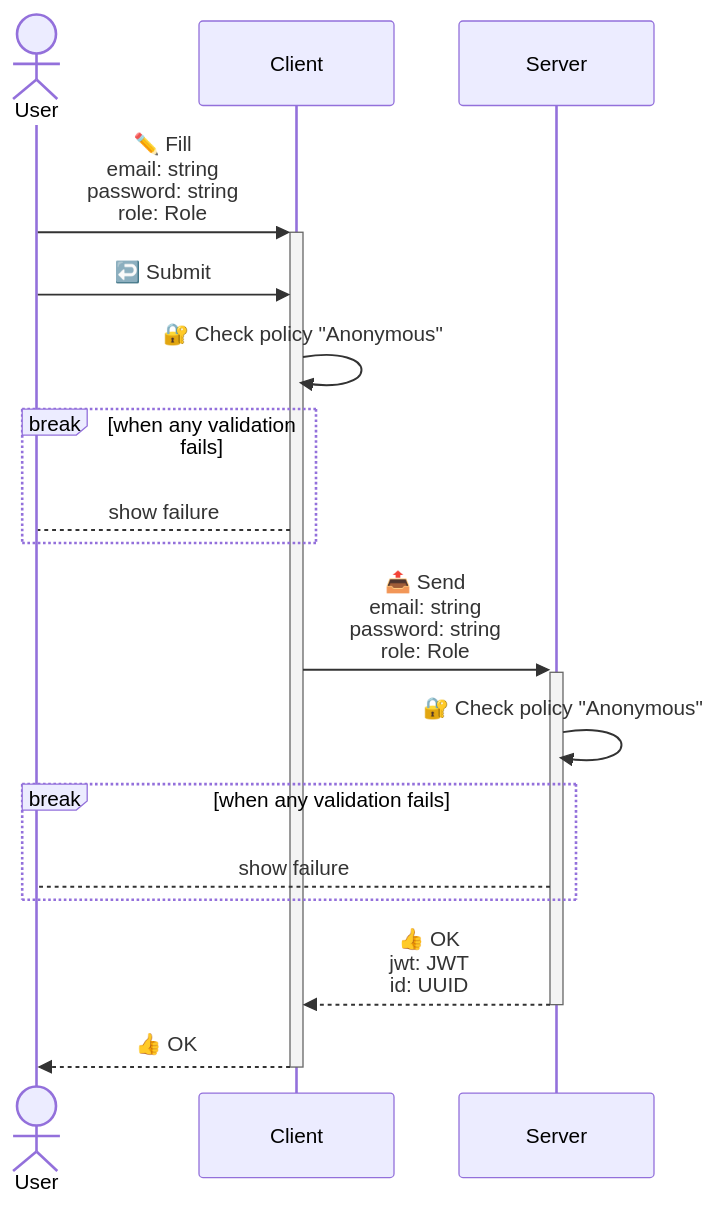
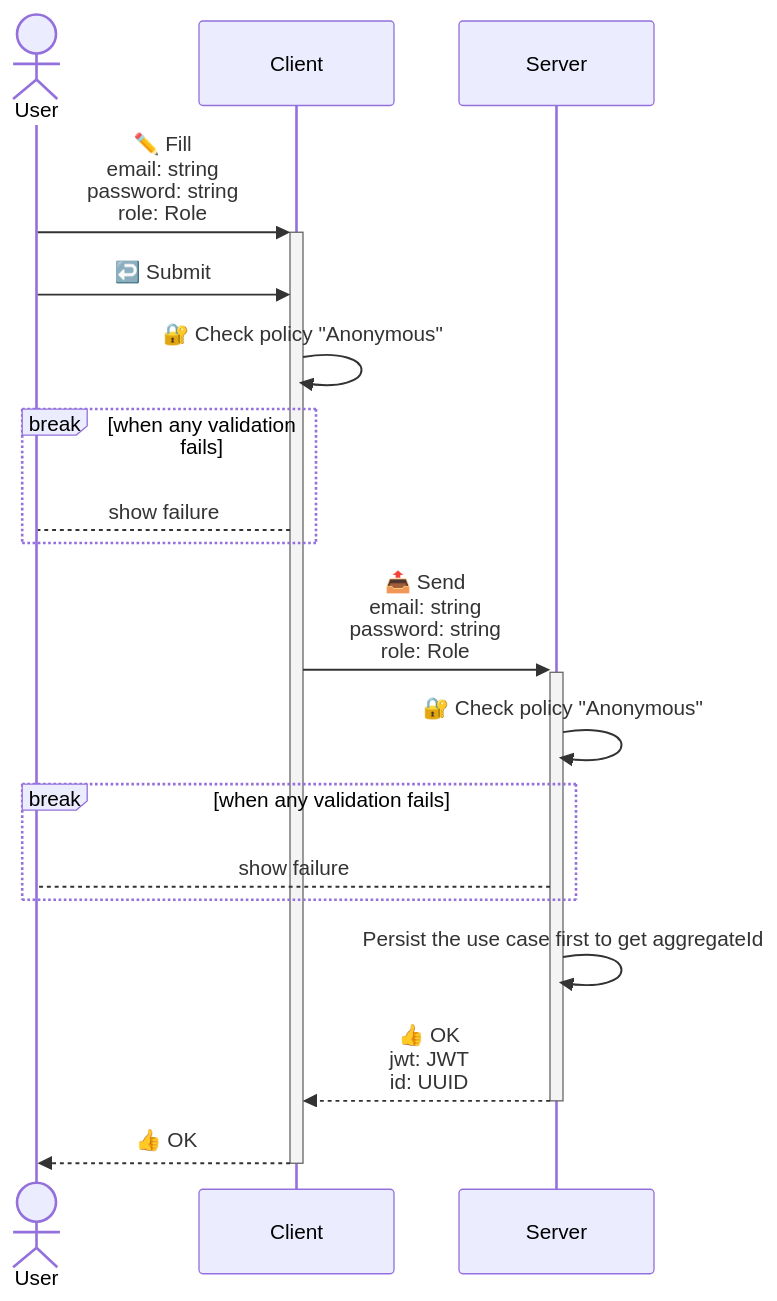
The third of 3 diagrams in examples/apps/Auth/README.md (c100k/libmodulor), drawn with Mermaid before and after one commit. The commit also changed 2 other files, not shown here.

Commit message:
fix: persist the uc
You need to persist the use case.
Check examples/apps/Spotify/src/ucds/CreateAlbumServerMain.ts as an example to see how to do so

<interrupt>

Do not change SignUpOPI0. Only return jwt.
Also you need to persist before assigning auth so you can update auth.user.id with the aggregateId

````diff
--- a/examples/apps/Auth/README.md
+++ b/examples/apps/Auth/README.md
@@ -131,17 +131,18 @@
 ```mermaid
 sequenceDiagram
     actor User
     User->>+Client: ✏️ Fill<br/>email: string<br/>password: string<br/>role: Role
     User->>Client: ↩️ Submit
     Client->>Client: 🔐 Check policy "Anonymous"
     break when any validation fails
         Client-->User: show failure
     end
     Client->>+Server: 📤 Send<br/>email: string<br/>password: string<br/>role: Role
     Server->>Server: 🔐 Check policy "Anonymous"
     break when any validation fails
         Server-->User: show failure
     end
+    Server->>Server: Persist the use case first to get aggregateId
     Server-->>-Client: 👍 OK<br/>jwt: JWT<br/>id: UUID
     Client-->>-User: 👍 OK
 ```
````
